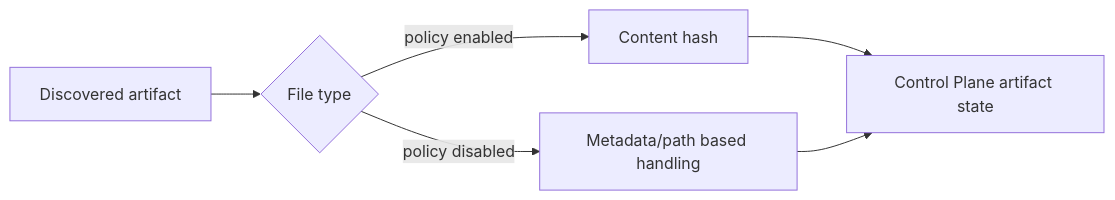
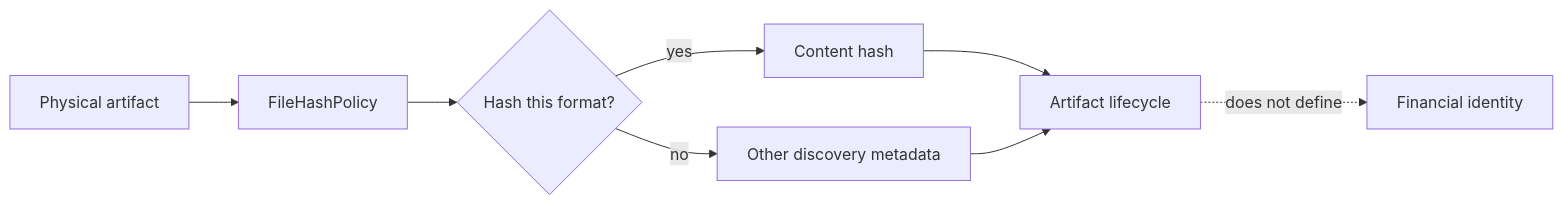
The fourth of 7 diagrams in docs/configuration/configuration-reference.md (tks18/personal-finance-etl), drawn with Mermaid before and after one commit. The commit also changed other lines of this file and 3 other files, not shown here.

````diff
--- a/docs/configuration/configuration-reference.md
+++ b/docs/configuration/configuration-reference.md
@@ -193,8 +182,11 @@
 ```mermaid
 flowchart LR
-    FILE[Discovered artifact] --> TYPE{File type}
-    TYPE -->|policy enabled| HASH[Content hash]
-    TYPE -->|policy disabled| META[Metadata/path based handling]
-    HASH --> CP[Control Plane artifact state]
+    FILE["Physical artifact"] --> POLICY["FileHashPolicy"]
+    POLICY --> HASH{"Hash this format?"}
+    HASH -->|yes| CONTENT["Content hash"]
+    HASH -->|no| META["Other discovery metadata"]
+    CONTENT --> CP["Artifact lifecycle"]
     META --> CP
+
+    CP -. does not define .-> FIN["Financial identity"]
 ```
````
